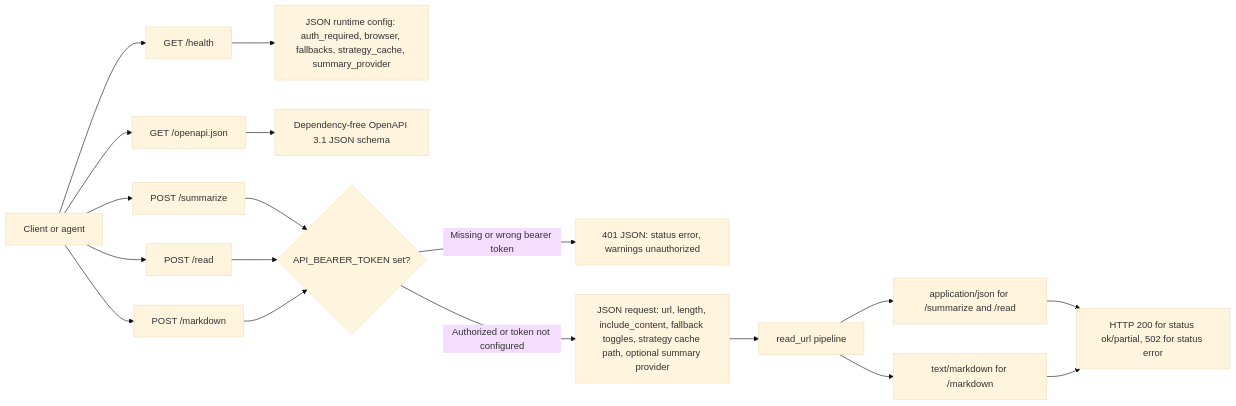
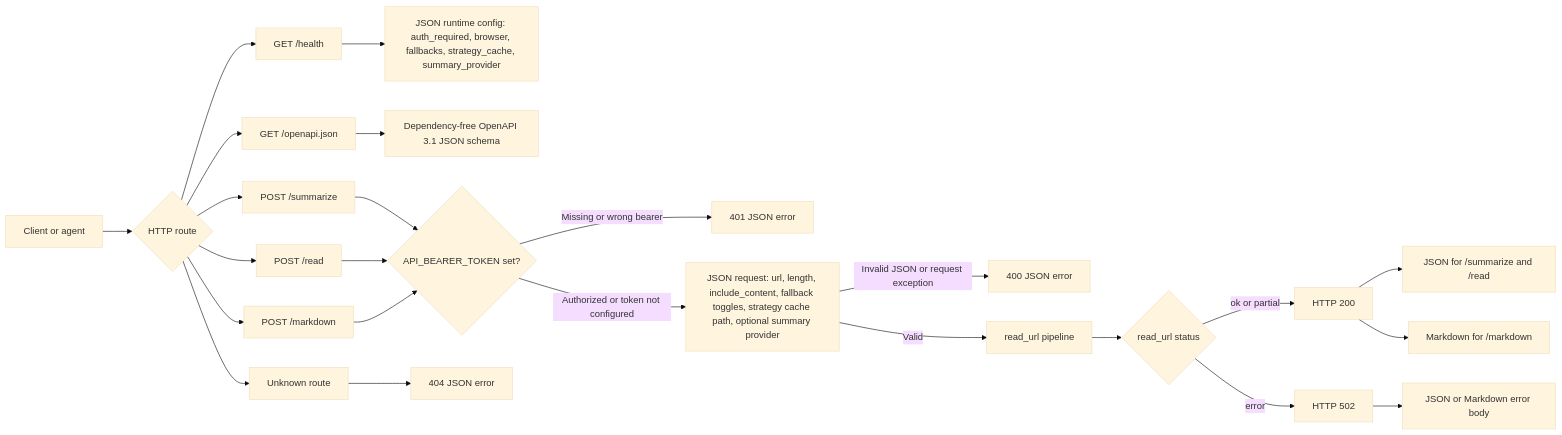
One commit to iamsupersocks/supersocks-url-scraper changed the second of 2 diagrams in README.md. Above: the diagram before and after it, drawn with Mermaid (base theme). The commit also changed other lines of this file, not shown here.

Commit message:
docs: align diagrams with runtime

````diff
--- a/README.md
+++ b/README.md
@@ -89,22 +115,28 @@
 ```mermaid
 flowchart LR
-    Client[Client or agent] --> Health[GET /health]
-    Client --> OpenAPI[GET /openapi.json]
-    Client --> Summarize[POST /summarize]
-    Client --> Read[POST /read]
-    Client --> Markdown[POST /markdown]
+    Client[Client or agent] --> Route{"HTTP route"}
+    Route --> Health[GET /health]
+    Route --> OpenAPI[GET /openapi.json]
+    Route --> Summarize[POST /summarize]
+    Route --> Read[POST /read]
+    Route --> Markdown[POST /markdown]
+    Route --> Unknown[Unknown route]
 
     Health --> HealthJSON[JSON runtime config: auth_required, browser, fallbacks, strategy_cache, summary_provider]
     OpenAPI --> Schema[Dependency-free OpenAPI 3.1 JSON schema]
 
     Summarize --> Auth{API_BEARER_TOKEN set?}
     Read --> Auth
     Markdown --> Auth
-    Auth -->|Missing or wrong bearer token| Unauthorized[401 JSON: status error, warnings unauthorized]
+    Auth -->|Missing or wrong bearer| Unauthorized[401 JSON error]
     Auth -->|Authorized or token not configured| Payload[JSON request: url, length, include_content, fallback toggles, strategy cache path, optional summary provider]
-    Payload --> Pipeline[read_url pipeline]
-    Pipeline --> JSONResult[application/json for /summarize and /read]
-    Pipeline --> MarkdownResult[text/markdown for /markdown]
-    JSONResult --> Status[HTTP 200 for status ok/partial, 502 for status error]
-    MarkdownResult --> Status
+    Payload -->|Invalid JSON or request exception| BadRequest[400 JSON error]
+    Payload -->|Valid| Pipeline[read_url pipeline]
+    Pipeline --> Outcome{read_url status}
+    Outcome -->|ok or partial| OK[HTTP 200]
+    Outcome -->|error| BadGateway[HTTP 502]
+    OK --> JSONResult[JSON for /summarize and /read]
+    OK --> MarkdownResult[Markdown for /markdown]
+    BadGateway --> JSONError[JSON or Markdown error body]
+    Unknown --> NotFound[404 JSON error]
 ```
````
